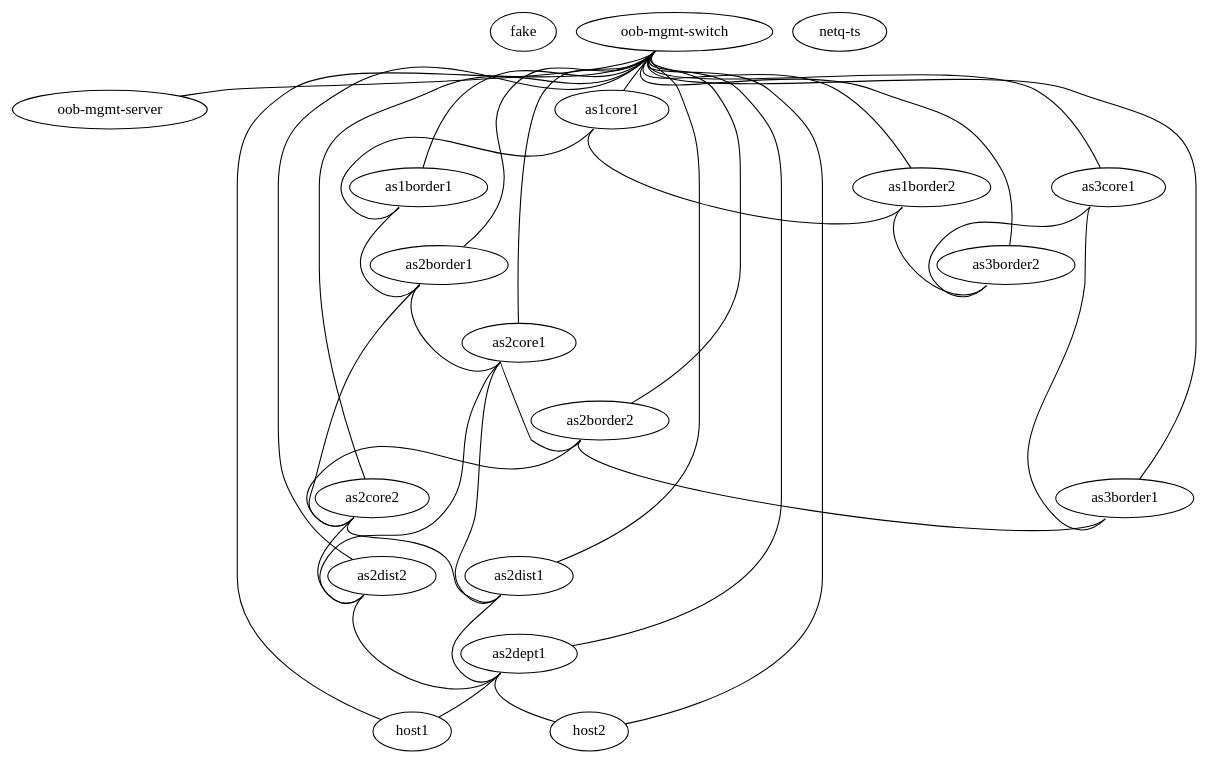
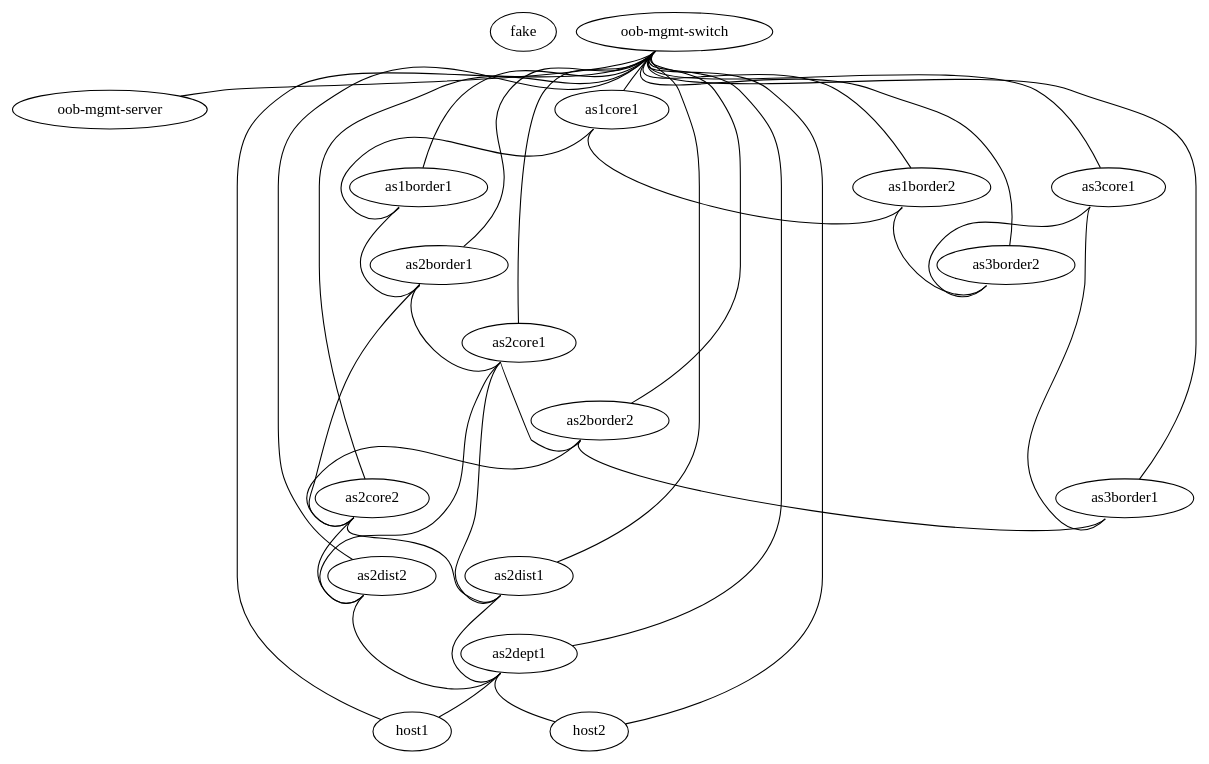
One commit to MheniMerz/batfish_examples changed the diagram in topology.dot. Above: the diagram before and after it, drawn with Graphviz.

```diff
--- a/topology.dot
+++ b/topology.dot
@@ -1,73 +1,72 @@
 graph multiverse_network {
    
    "fake" [function="fake"]
-   "oob-mgmt-server"  [function="oob-server" mgmt_ip="192.168.200.1" os="generic/ubuntu1804" vagrant_user="cumulus" ]
+   "oob-mgmt-server"  [function="oob-server" mgmt_ip="192.168.200.1" os="generic/ubuntu1804" ]
    "oob-mgmt-switch"  [function="oob-switch" mgmt_ip="192.168.200.2" os="CumulusCommunity/cumulus-vx" version="4.2.1" ]
-   "netq-ts"   [function="host" mgmt_ip="192.168.200.250" os="netq-ts-cloud-3.2.0"]
 
    "as1core1" [function="spine"  os="sonic-202012-f6f4c7f4" mgmt_ip="192.168.200.11" ports="32"]
    "as1core1" [function="spine"  os="sonic-202012-f6f4c7f4" mgmt_ip="192.168.200.11" ports="32"]
    "as1border1" [function="leaf"  os="sonic-202012-f6f4c7f4" mgmt_ip="192.168.200.12" ports="32"]
    "as1border2" [function="leaf"  os="sonic-202012-f6f4c7f4" mgmt_ip="192.168.200.13" ports="32"]
 
    "as2core1" [function="spine"  os="sonic-202012-f6f4c7f4" mgmt_ip="192.168.200.21" ports="32"]
    "as2core2" [function="spine"  os="sonic-202012-f6f4c7f4" mgmt_ip="192.168.200.22" ports="32"]
    "as2border1" [function="leaf"  os="sonic-202012-f6f4c7f4" mgmt_ip="192.168.200.23" ports="32"]
    "as2border2" [function="leaf"  os="sonic-202012-f6f4c7f4" mgmt_ip="192.168.200.24" ports="32"]
    "as2dist1" [function="leaf"  os="sonic-202012-f6f4c7f4" mgmt_ip="192.168.200.25" ports="32"]
    "as2dist2" [function="leaf"  os="sonic-202012-f6f4c7f4" mgmt_ip="192.168.200.26" ports="32"]
    "as2dept1" [function="leaf"  os="sonic-202012-f6f4c7f4" mgmt_ip="192.168.200.27" ports="32"]
    "host1" [function="host"  os="generic/ubuntu1804" mgmt_ip="192.168.200.28" ports="32"]
    "host2" [function="host"  os="generic/ubuntu1804" mgmt_ip="192.168.200.29" ports="32"]
 
    "as3core1" [function="leaf"  os="sonic-202012-f6f4c7f4" mgmt_ip="192.168.200.31" ports="32"]
    "as3border1" [function="leaf"  os="sonic-202012-f6f4c7f4" mgmt_ip="192.168.200.32" ports="32"]
    "as3border2" [function="leaf"  os="sonic-202012-f6f4c7f4" mgmt_ip="192.168.200.33" ports="32"]
 
    "as1core1":"swp1" -- "as1border1":"swp1"
    "as1core1":"swp2" -- "as1border2":"swp1"
 
    "as1border1":"swp2" -- "as2border1":"swp1"
 
    "as1border2":"swp2" -- "as3border2":"swp2"
 
    "as2border1":"swp2" -- "as2core1":"swp1"
    "as2border1":"swp3" -- "as2core2":"swp1"
    
    "as2border2":"swp1" -- "as3border1":"swp2"
    "as2border2":"swp3" -- "as2core2":"swp2"
 
    "as2core1":"swp2" -- "as2border2":"swp2"
    "as2core1":"swp3" -- "as2dist1":"swp1"
    "as2core1":"swp4" -- "as2dist2":"swp1"
    
    "as2core2":"swp3" -- "as2dist1":"swp2"
    "as2core2":"swp4" -- "as2dist2":"swp2"
 
    "as2dist1":"swp3" -- "as2dept1":"swp1"
    "as2dist2":"swp3" -- "as2dept1":"swp2"
 
    "as2dept1":"swp3" -- "host1":"eth1"
    "as2dept1":"swp4" -- "host2":"eth1"
 
    "as3core1":"swp1" -- "as3border1":"swp1"
    "as3core1":"swp2" -- "as3border2":"swp1"
 
    "oob-mgmt-switch":"swp1" -- "oob-mgmt-server":"eth0"
    "oob-mgmt-switch":"swp2" -- "as1core1":"eth0"
    "oob-mgmt-switch":"swp3" -- "as1border1":"eth0"
    "oob-mgmt-switch":"swp4" -- "as1border2":"eth0"
    "oob-mgmt-switch":"swp5" -- "as2core1":"eth0"
    "oob-mgmt-switch":"swp6" -- "as2core2":"eth0"
    "oob-mgmt-switch":"swp7" -- "as2border1":"eth0"
    "oob-mgmt-switch":"swp8" -- "as2border2":"eth0"
    "oob-mgmt-switch":"swp9" -- "as2dist1":"eth0"
    "oob-mgmt-switch":"swp10" -- "as2dist2":"eth0"
    "oob-mgmt-switch":"swp11" -- "as2dept1":"eth0"
    "oob-mgmt-switch":"swp12" -- "as3core1":"eth0"
    "oob-mgmt-switch":"swp13" -- "as3border1":"eth0"
    "oob-mgmt-switch":"swp14" -- "as3border2":"eth0"
    "oob-mgmt-switch":"swp15" -- "host1":"eth0"
    "oob-mgmt-switch":"swp16" -- "host2":"eth0"
 
 }
```
